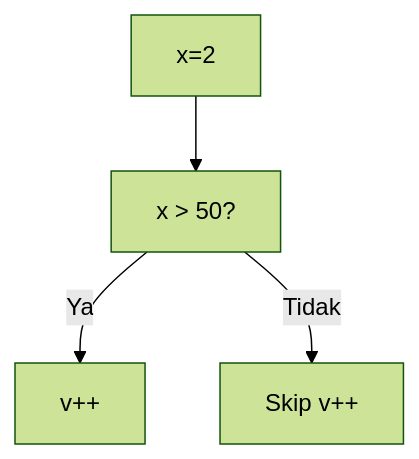
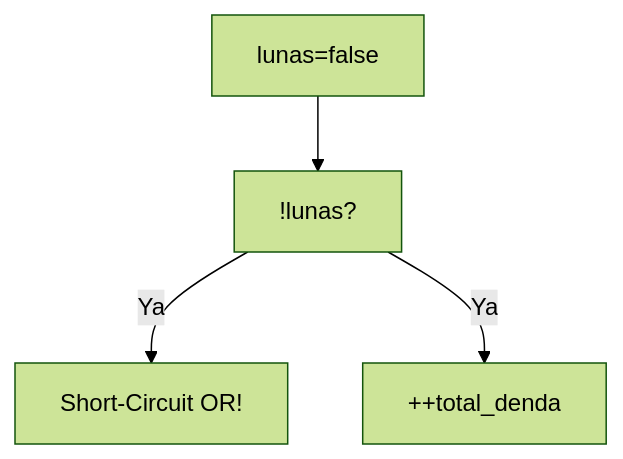
One commit to amnahwaida/OSNK_INF_PREP changed diagram 13 of 25 in part-c-pemahaman-cpp/02-percabangan/latihan/set-11.md. Above: the diagram before and after it, drawn with Mermaid (forest theme). The commit also changed other lines of this file and 71 other files, not shown here.

````diff
--- a/part-c-pemahaman-cpp/02-percabangan/latihan/set-11.md
+++ b/part-c-pemahaman-cpp/02-percabangan/latihan/set-11.md
@@ -362,6 +380,6 @@
 ```mermaid
 graph TD
-A["x=2"] --> B["x > 50?"]
-B -- Ya --> C["v++"]
-B -- Tidak --> D["Skip v++"]
+A["lunas=false"] --> B["!lunas?"]
+B -- Ya --> C["Short-Circuit OR!"]
+B -- Ya --> D["++total_denda"]
 ```
````
